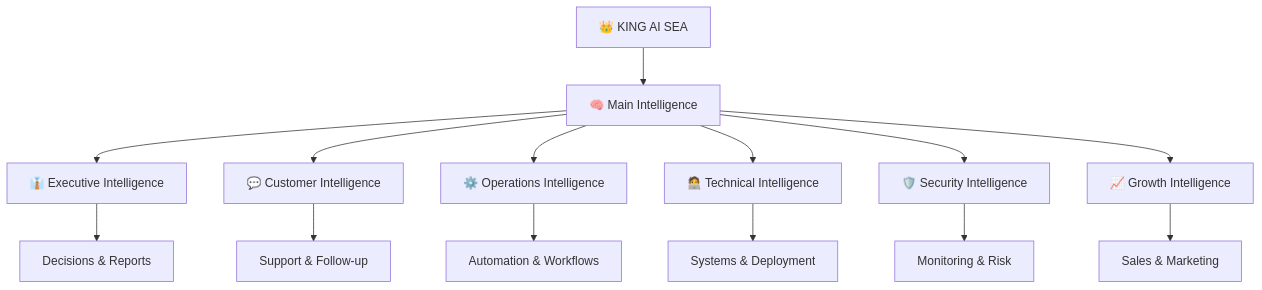
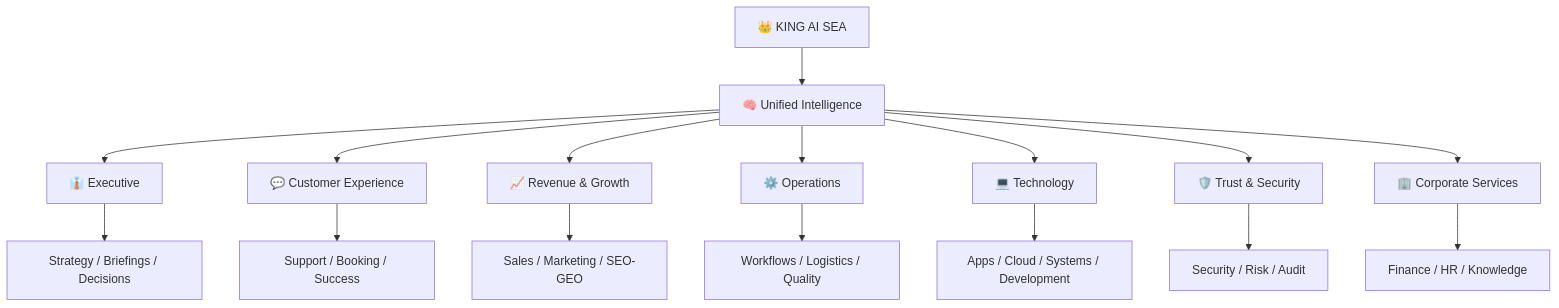
Before and after one commit to kingaiwork/KINGAIASE-public: the diagram in README.md, drawn with Mermaid. The commit also changed other lines of this file, not shown here.

````diff
--- a/README.md
+++ b/README.md
@@ -129,17 +95,18 @@
 ```mermaid
 flowchart TD
-    K[👑 KING AI SEA] --> M[🧠 Main Intelligence]
-    M --> E[👔 Executive Intelligence]
-    M --> C[💬 Customer Intelligence]
-    M --> O[⚙️ Operations Intelligence]
-    M --> T[🧑‍💻 Technical Intelligence]
-    M --> S[🛡️ Security Intelligence]
-    M --> G[📈 Growth Intelligence]
-
-    E --> R1[Decisions & Reports]
-    C --> R2[Support & Follow-up]
-    O --> R3[Automation & Workflows]
-    T --> R4[Systems & Deployment]
-    S --> R5[Monitoring & Risk]
-    G --> R6[Sales & Marketing]
+    K[👑 KING AI SEA] --> B[🧠 Unified Intelligence]
+    B --> EX[👔 Executive]
+    B --> CX[💬 Customer Experience]
+    B --> REV[📈 Revenue & Growth]
+    B --> OPS[⚙️ Operations]
+    B --> TECH[💻 Technology]
+    B --> TRUST[🛡️ Trust & Security]
+    B --> CORP[🏢 Corporate Services]
+    EX --> X1[Strategy / Briefings / Decisions]
+    CX --> X2[Support / Booking / Success]
+    REV --> X3[Sales / Marketing / SEO-GEO]
+    OPS --> X4[Workflows / Logistics / Quality]
+    TECH --> X5[Apps / Cloud / Systems / Development]
+    TRUST --> X6[Security / Risk / Audit]
+    CORP --> X7[Finance / HR / Knowledge]
 ```
````
